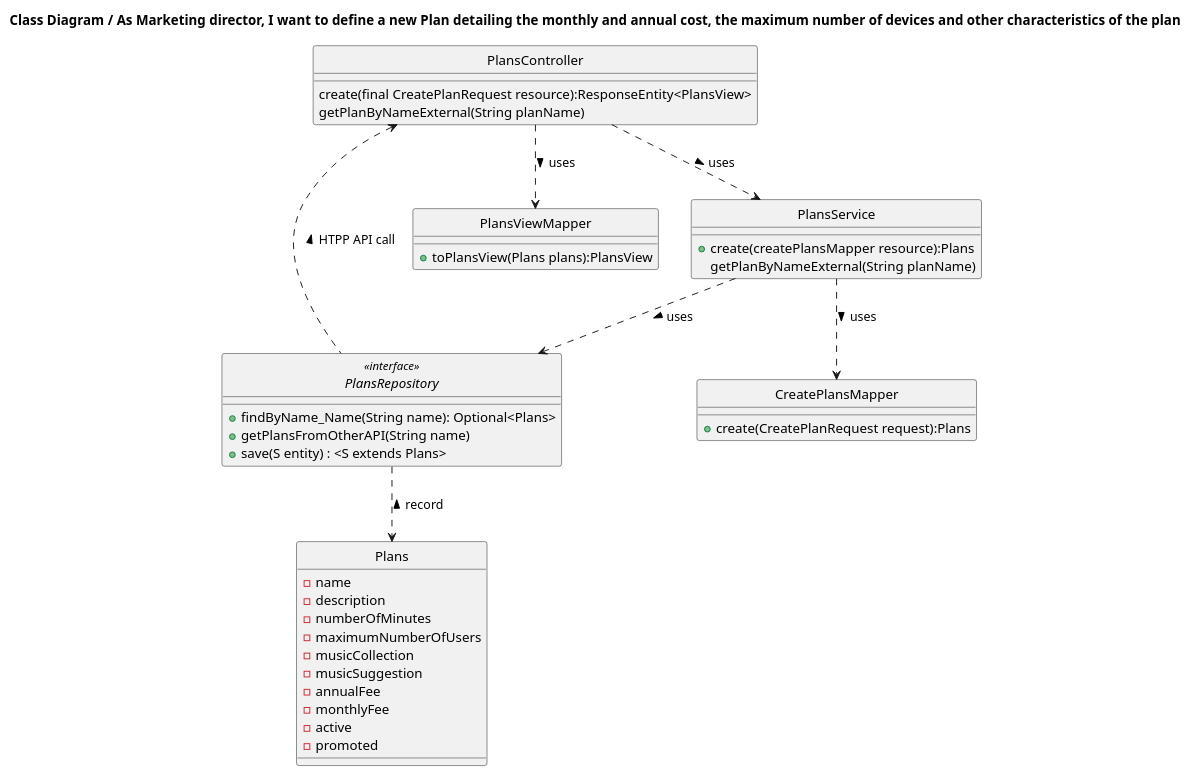
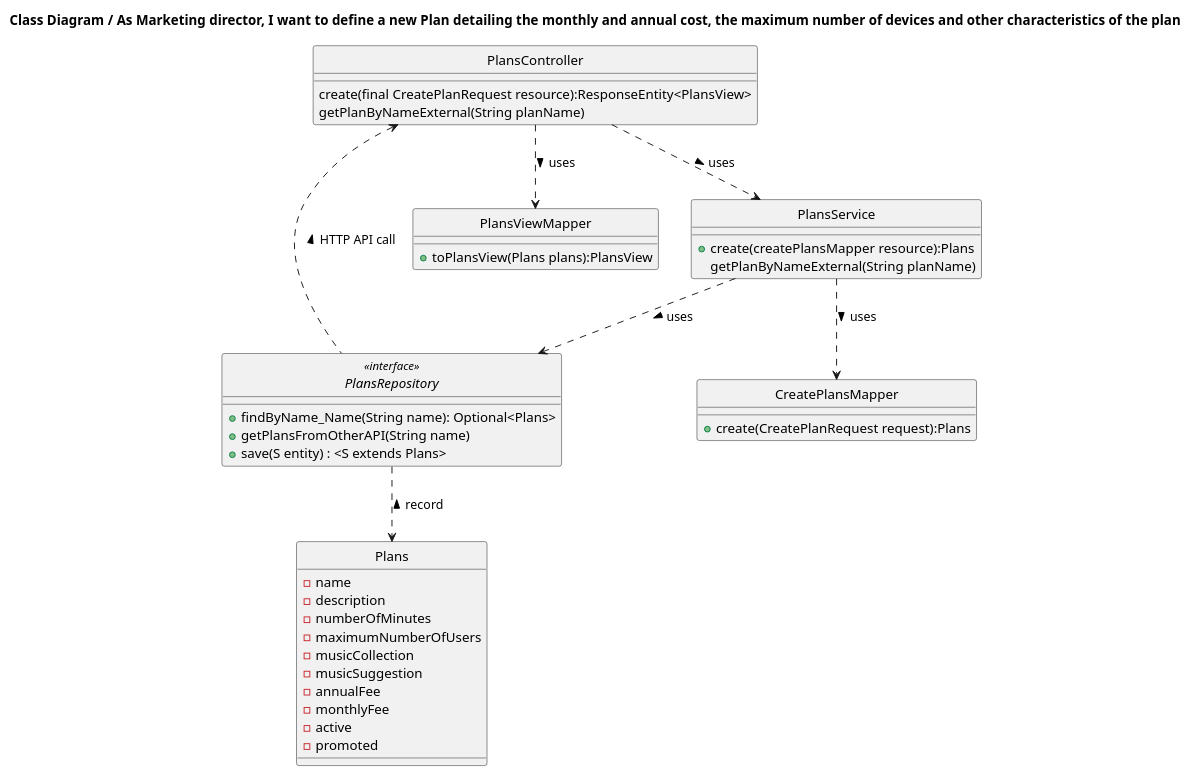
The diagram in docs_sidis/Plans/WP#1A/US01/CD.puml (IsepMartimOliveira/SIDIS), drawn with PlantUML before and after one commit. The commit also changed 20 other files, not shown here.

```diff
--- a/docs_sidis/Plans/WP#1A/US01/CD.puml
+++ b/docs_sidis/Plans/WP#1A/US01/CD.puml
@@ -1,55 +1,55 @@
 @startuml
 'https://plantuml.com/class-diagram
 hide circle
 class PlansRepository <<interface>>
 
 title Class Diagram / As Marketing director, I want to define a new Plan detailing the monthly and annual cost, the maximum number of devices and other characteristics of the plan
 
 
 
 class Plans{
     -name
     - description
     - numberOfMinutes
     -maximumNumberOfUsers
     -musicCollection
      -musicSuggestion
      -annualFee
      -monthlyFee
      -active
      -promoted
 }
 class PlansViewMapper{
     +toPlansView(Plans plans):PlansView
 }
 class PlansController{
     create(final CreatePlanRequest resource):ResponseEntity<PlansView>
     getPlanByNameExternal(String planName)
     }
 class PlansService{
  +create(createPlansMapper resource):Plans
  getPlanByNameExternal(String planName)
 
 
 }
 class CreatePlansMapper{
     +create(CreatePlanRequest request):Plans
 }
 
 interface PlansRepository
 {
 +findByName_Name(String name): Optional<Plans>
 + getPlansFromOtherAPI(String name)
 +save(S entity) : <S extends Plans>
 }
 
 
 
 
 PlansController ..> PlansService: uses >
 PlansService ..> PlansRepository: uses >
 PlansRepository ..> Plans: < record
-PlansRepository ..left>PlansController: HTPP API call >
+PlansRepository ..left>PlansController: HTTP API call >
 PlansService ..> CreatePlansMapper: uses >
 PlansController ..>PlansViewMapper: uses >
 @enduml
```
